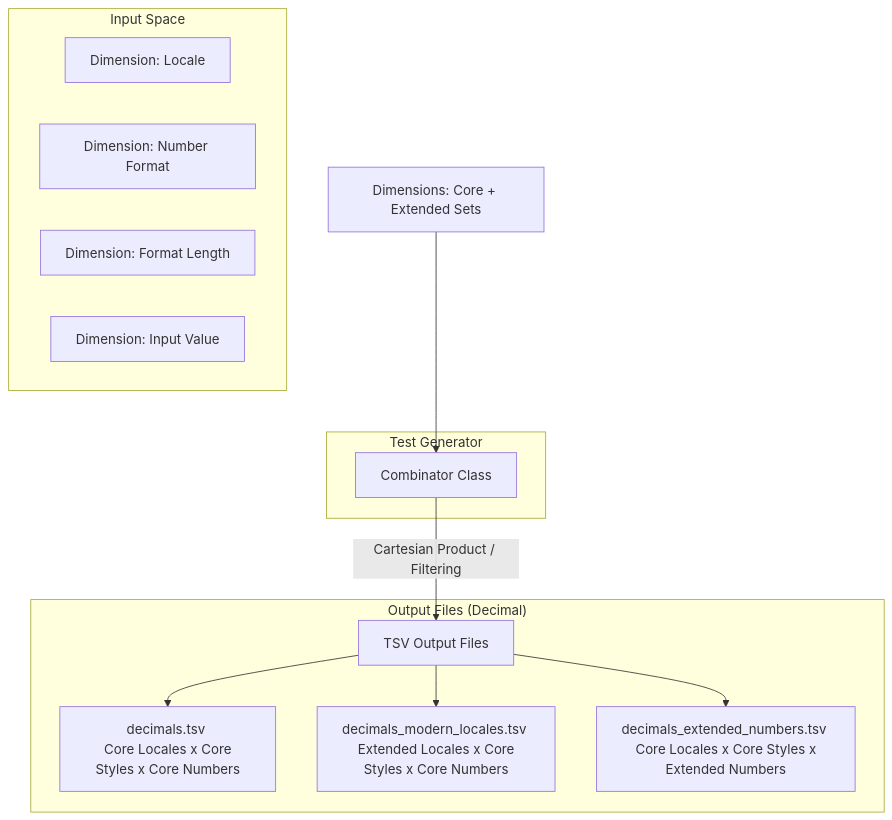
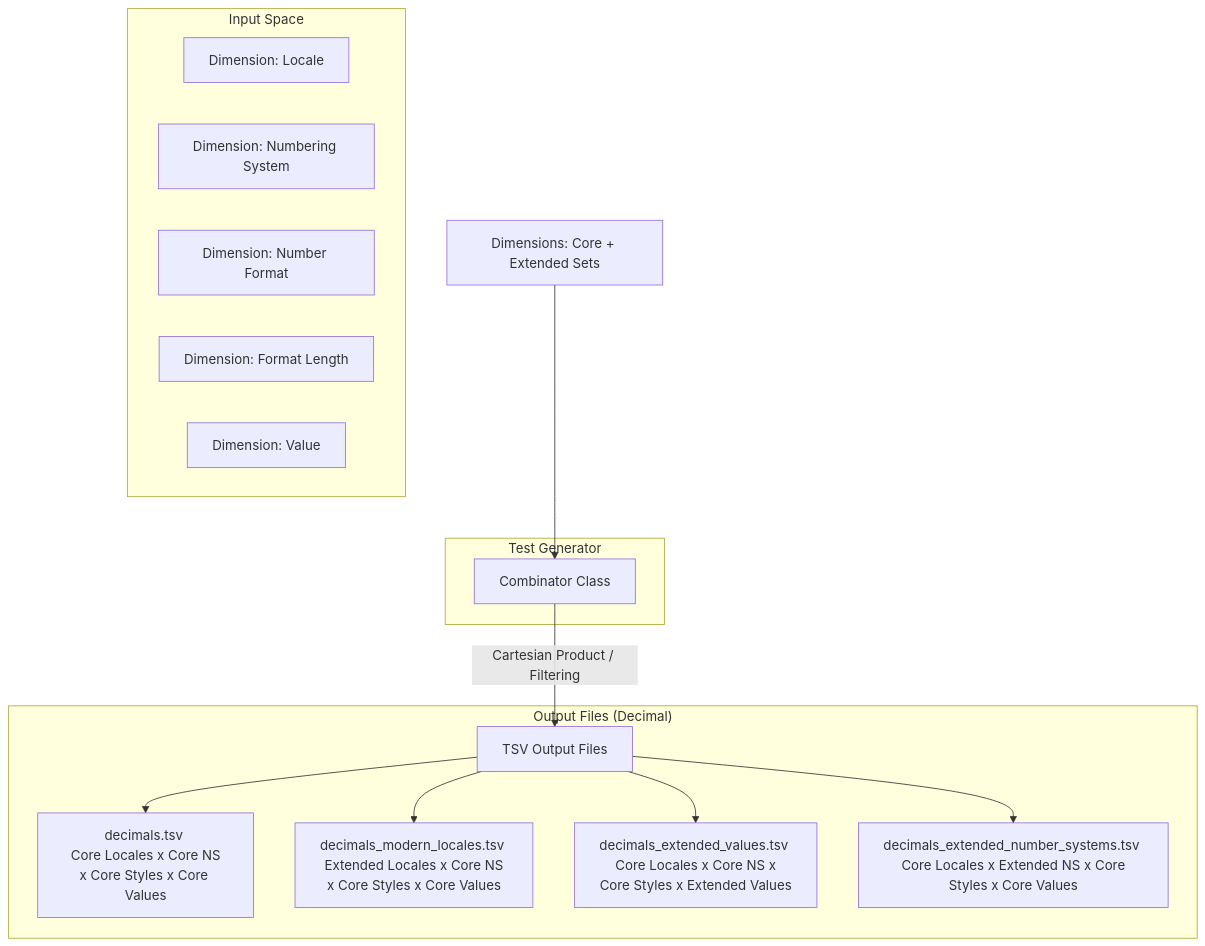
The diagram in conformance/conformance_testing_design.md (younies/design_docs), drawn with Mermaid before and after one commit. The commit also changed other lines of this file, not shown here.

First line of the commit message:
docs: Add numberSystem dimension and rename input to value

````diff
--- a/conformance/conformance_testing_design.md
+++ b/conformance/conformance_testing_design.md
@@ -27,23 +27,25 @@
 ```mermaid
 graph TD
     subgraph Input Space
         D1[Dimension: Locale]
-        D2[Dimension: Number Format]
-        D3[Dimension: Format Length]
-        D4[Dimension: Input Value]
+        D2[Dimension: Numbering System]
+        D3[Dimension: Number Format]
+        D4[Dimension: Format Length]
+        D5[Dimension: Value]
     end
     
     InputSpace[Dimensions: Core + Extended Sets] --> Combinator
     
     subgraph Test Generator
         Combinator[Combinator Class]
     end
     
     Combinator -->|Cartesian Product / Filtering| TSVOut[TSV Output Files]
     
     subgraph "Output Files (Decimal)"
-        TSVOut --> CoreTSV[decimals.tsv <br> Core Locales x Core Styles x Core Numbers]
-        TSVOut --> ExtLocTSV[decimals_modern_locales.tsv <br> Extended Locales x Core Styles x Core Numbers]
-        TSVOut --> ExtNumTSV[decimals_extended_numbers.tsv <br> Core Locales x Core Styles x Extended Numbers]
+        TSVOut --> CoreTSV[decimals.tsv <br> Core Locales x Core NS x Core Styles x Core Values]
+        TSVOut --> ExtLocTSV[decimals_modern_locales.tsv <br> Extended Locales x Core NS x Core Styles x Core Values]
+        TSVOut --> ExtValTSV[decimals_extended_values.tsv <br> Core Locales x Core NS x Core Styles x Extended Values]
+        TSVOut --> ExtNSTSV[decimals_extended_number_systems.tsv <br> Core Locales x Extended NS x Core Styles x Core Values]
     end
 ```
````
